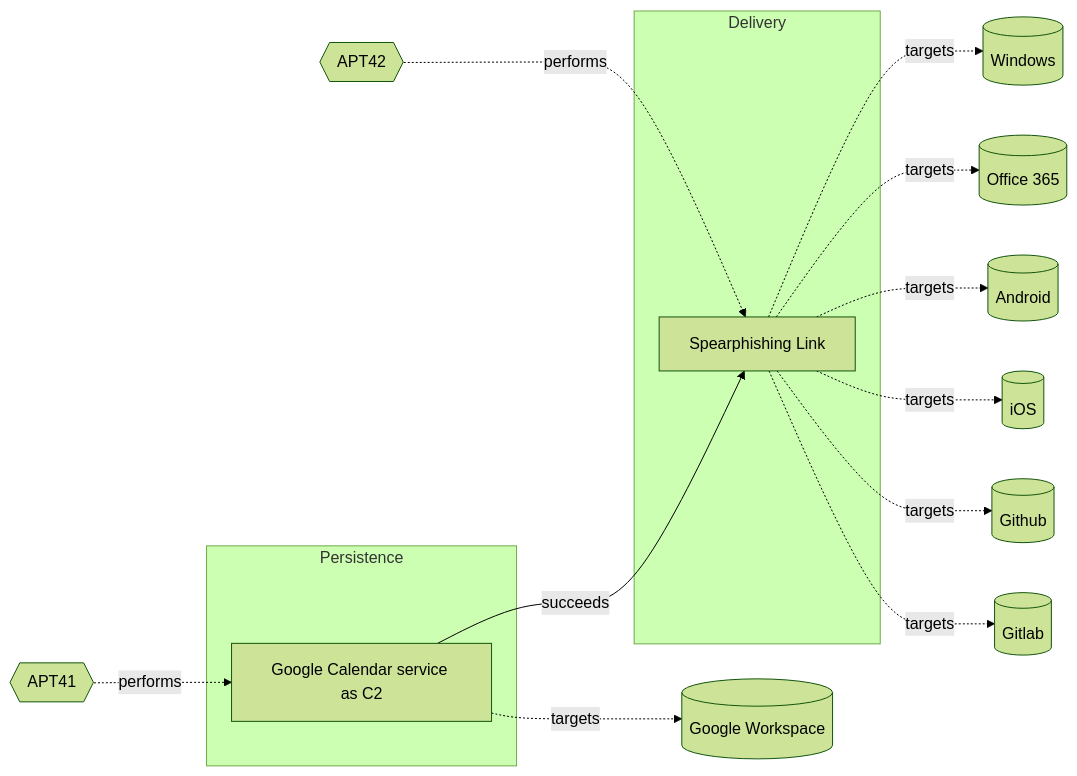
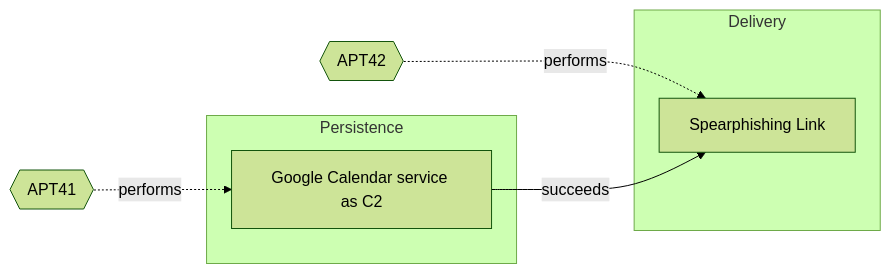
Before and after one commit to OpenTideHQ/WikiTide: the diagram in Models/Threat Vectors/☣️ Google Calendar service as C2.md, drawn with Mermaid (forest theme). The commit also changed other lines of this file and 232 other files, not shown here.

````diff
--- a/Models/Threat Vectors/☣️ Google Calendar service as C2.md
+++ b/Models/Threat Vectors/☣️ Google Calendar service as C2.md
@@ -128,37 +128,23 @@
 ```mermaid
 
 flowchart LR
 
 3f0b4b8e-6017-406a-9461-740d542d0917[Google Calendar service as C2]
 1a68b5eb-0112-424d-a21f-88dda0b6b8df[Spearphishing Link]
 
 subgraph Persistence
 3f0b4b8e-6017-406a-9461-740d542d0917
 end
 subgraph Delivery
 1a68b5eb-0112-424d-a21f-88dda0b6b8df
 end
 
-GoogleWorkspace[(Google Workspace)]
-Windows[(Windows)]
-Office365[(Office 365)]
-Android[(Android)]
-iOS[(iOS)]
-Github[(Github)]
-Gitlab[(Gitlab)]
 APT41{{APT41}}
 APT42{{APT42}}
 
-3f0b4b8e-6017-406a-9461-740d542d0917 -.->|targets| GoogleWorkspace
-1a68b5eb-0112-424d-a21f-88dda0b6b8df -.->|targets| Windows
-1a68b5eb-0112-424d-a21f-88dda0b6b8df -.->|targets| Office365
-1a68b5eb-0112-424d-a21f-88dda0b6b8df -.->|targets| Android
-1a68b5eb-0112-424d-a21f-88dda0b6b8df -.->|targets| iOS
-1a68b5eb-0112-424d-a21f-88dda0b6b8df -.->|targets| Github
-1a68b5eb-0112-424d-a21f-88dda0b6b8df -.->|targets| Gitlab
 APT41 -.-> |performs| 3f0b4b8e-6017-406a-9461-740d542d0917
 APT42 -.-> |performs| 1a68b5eb-0112-424d-a21f-88dda0b6b8df
 
 3f0b4b8e-6017-406a-9461-740d542d0917 -->|succeeds| 1a68b5eb-0112-424d-a21f-88dda0b6b8df
 
 ```
````
